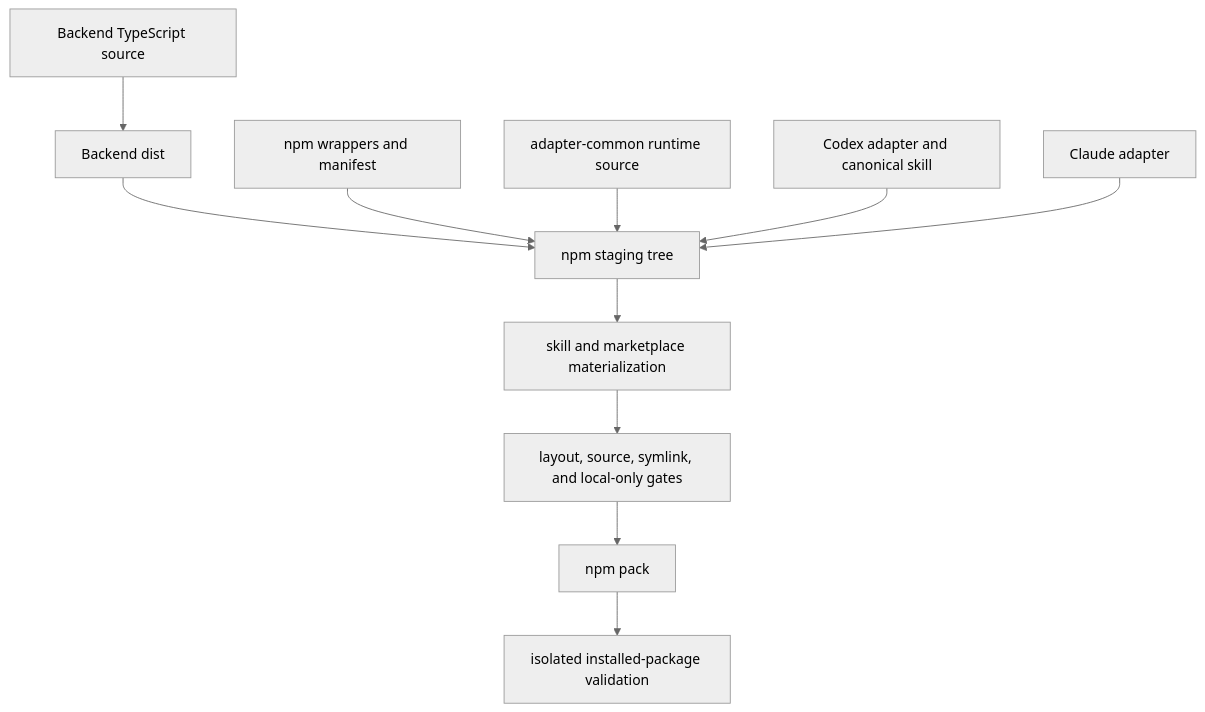
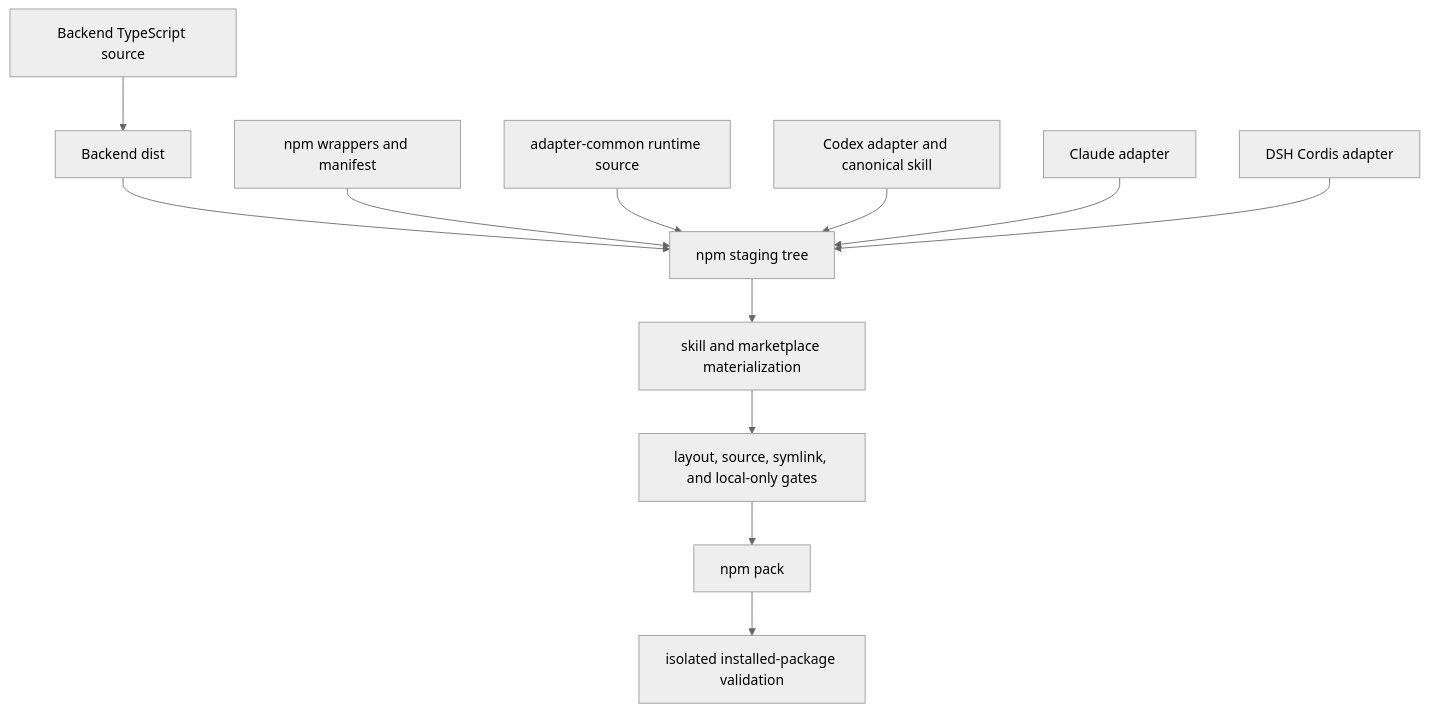
The sixth of 6 diagrams in ARCHITECTURE.md (memorax-ai/memorax-code), drawn with Mermaid (neutral theme) before and after one commit. The commit also changed other lines of this file and 8 other files, not shown here.

````diff
--- a/ARCHITECTURE.md
+++ b/ARCHITECTURE.md
@@ -523,25 +559,27 @@
 ```mermaid
 flowchart TD
   BackendSource["Backend TypeScript source"]
   BackendBuild["Backend dist"]
   NpmSource["npm wrappers and manifest"]
   CommonSource["adapter-common runtime source"]
   CodexSource["Codex adapter and canonical skill"]
   ClaudeSource["Claude adapter"]
+  DshSource["DSH Cordis adapter"]
   Stage["npm staging tree"]
   Materialize["skill and marketplace materialization"]
   Gates["layout, source, symlink, and local-only gates"]
   Pack["npm pack"]
   InstallTest["isolated installed-package validation"]
 
   BackendSource --> BackendBuild
   BackendBuild --> Stage
   NpmSource --> Stage
   CommonSource --> Stage
   CodexSource --> Stage
   ClaudeSource --> Stage
+  DshSource --> Stage
   Stage --> Materialize
   Materialize --> Gates
   Gates --> Pack
   Pack --> InstallTest
 ```
````
